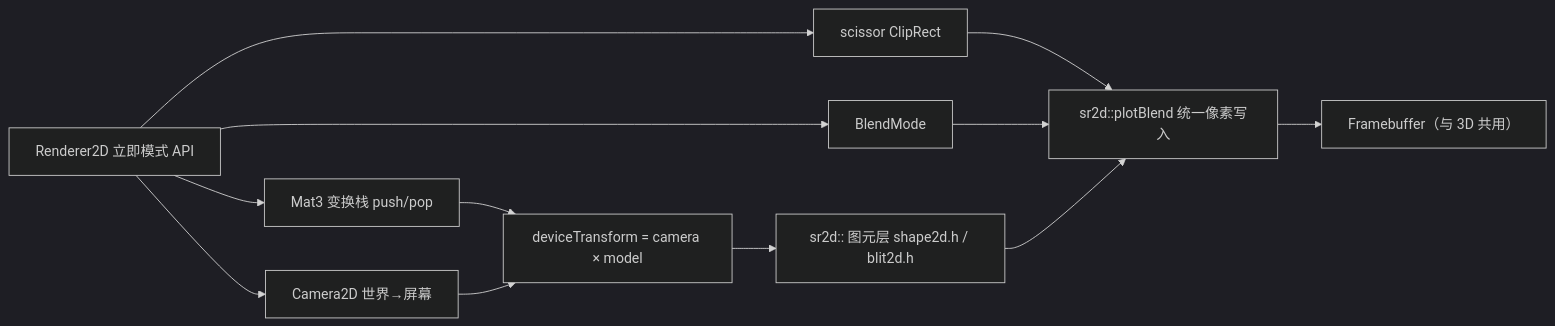
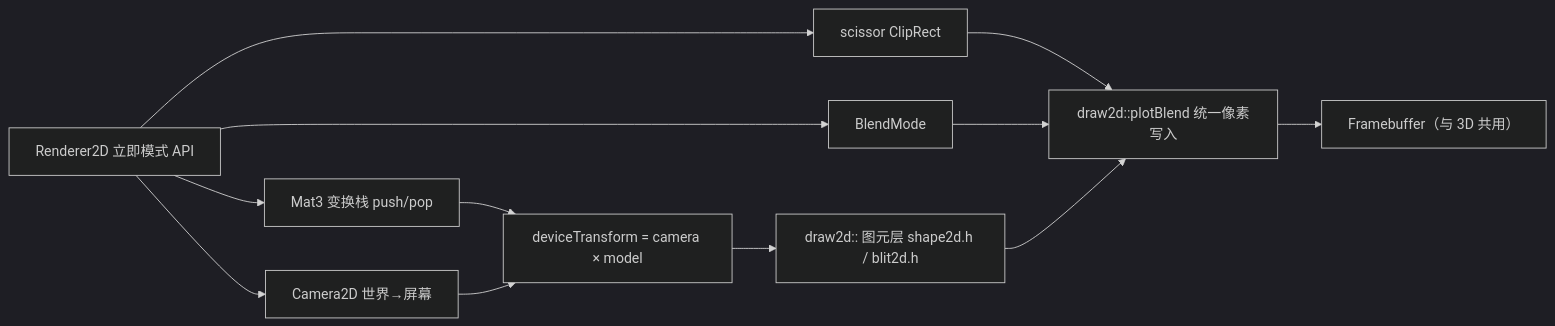
One commit to djsjis1/softrender changed the third of 5 diagrams in docs/architecture.md. Above: the diagram before and after it, drawn with Mermaid (dark theme). The commit also changed other lines of this file and 30 other files, not shown here.

````diff
--- a/docs/architecture.md
+++ b/docs/architecture.md
@@ -238,14 +236,14 @@
 ```mermaid
 graph LR
     A["Renderer2D 立即模式 API"] --> B["Mat3 变换栈 push/pop"]
     A --> C["Camera2D 世界→屏幕"]
     A --> D["scissor ClipRect"]
     A --> E["BlendMode"]
     B --> F["deviceTransform = camera × model"]
     C --> F
-    F --> G["sr2d:: 图元层 shape2d.h / blit2d.h"]
-    D --> H["sr2d::plotBlend 统一像素写入"]
+    F --> G["draw2d:: 图元层 shape2d.h / blit2d.h"]
+    D --> H["draw2d::plotBlend 统一像素写入"]
     E --> H
     G --> H
     H --> I["Framebuffer（与 3D 共用）"]
 ```
````
